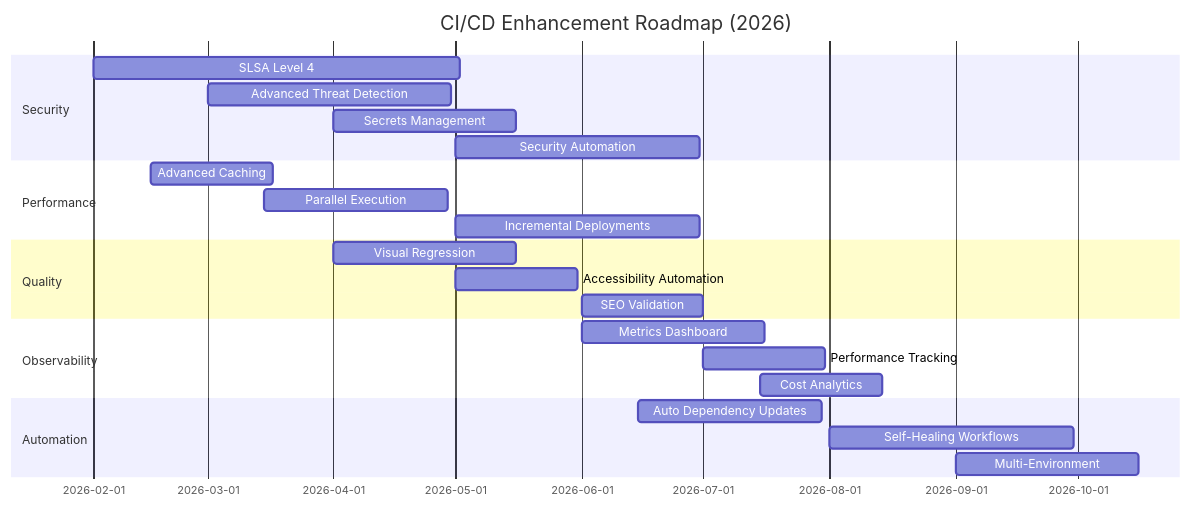
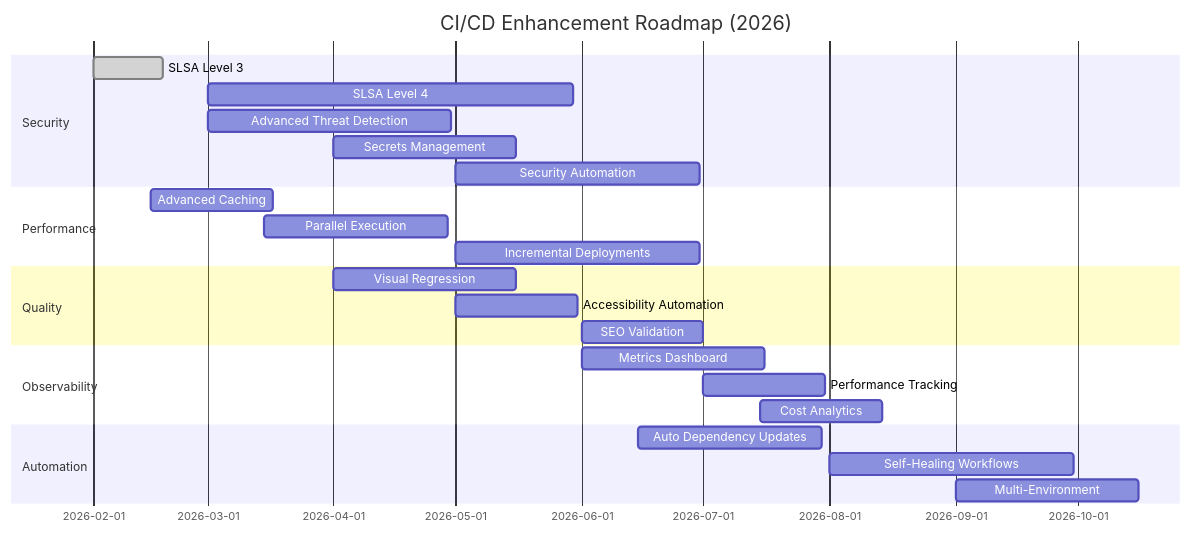
Before and after one commit to Hack23/homepage: the first of 6 diagrams in FUTURE_WORKFLOWS.md, drawn with Mermaid. The commit also changed other lines of this file, not shown here.

Commit message:
docs: update FUTURE_WORKFLOWS.md to reflect SLSA Level 3 achievement and adjust roadmap

````diff
--- a/FUTURE_WORKFLOWS.md
+++ b/FUTURE_WORKFLOWS.md
@@ -70,31 +71,32 @@
 ```mermaid
 gantt
     title CI/CD Enhancement Roadmap (2026)
     dateFormat YYYY-MM-DD
     
     section Security
-    SLSA Level 4           :s1, 2026-02-01, 90d
+    SLSA Level 3           :done, s0, 2026-02-01, 2026-02-18
+    SLSA Level 4           :s1, 2026-03-01, 90d
     Advanced Threat Detection :s2, 2026-03-01, 60d
     Secrets Management     :s3, 2026-04-01, 45d
     Security Automation    :s4, 2026-05-01, 60d
     
     section Performance
     Advanced Caching       :p1, 2026-02-15, 30d
     Parallel Execution     :p2, 2026-03-15, 45d
     Incremental Deployments :p3, 2026-05-01, 60d
     
     section Quality
     Visual Regression      :q1, 2026-04-01, 45d
     Accessibility Automation :q2, 2026-05-01, 30d
     SEO Validation         :q3, 2026-06-01, 30d
     
     section Observability
     Metrics Dashboard      :o1, 2026-06-01, 45d
     Performance Tracking   :o2, 2026-07-01, 30d
     Cost Analytics         :o3, 2026-07-15, 30d
     
     section Automation
     Auto Dependency Updates :a1, 2026-06-15, 45d
     Self-Healing Workflows  :a2, 2026-08-01, 60d
     Multi-Environment       :a3, 2026-09-01, 45d
 ```
````
